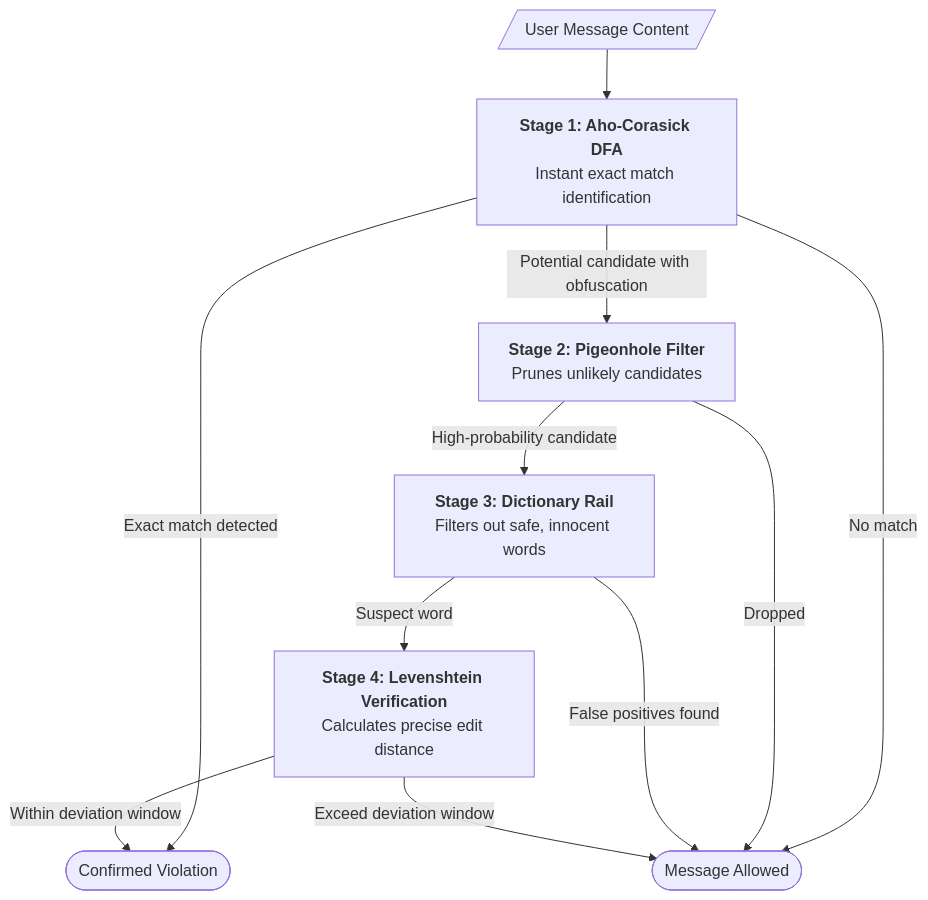
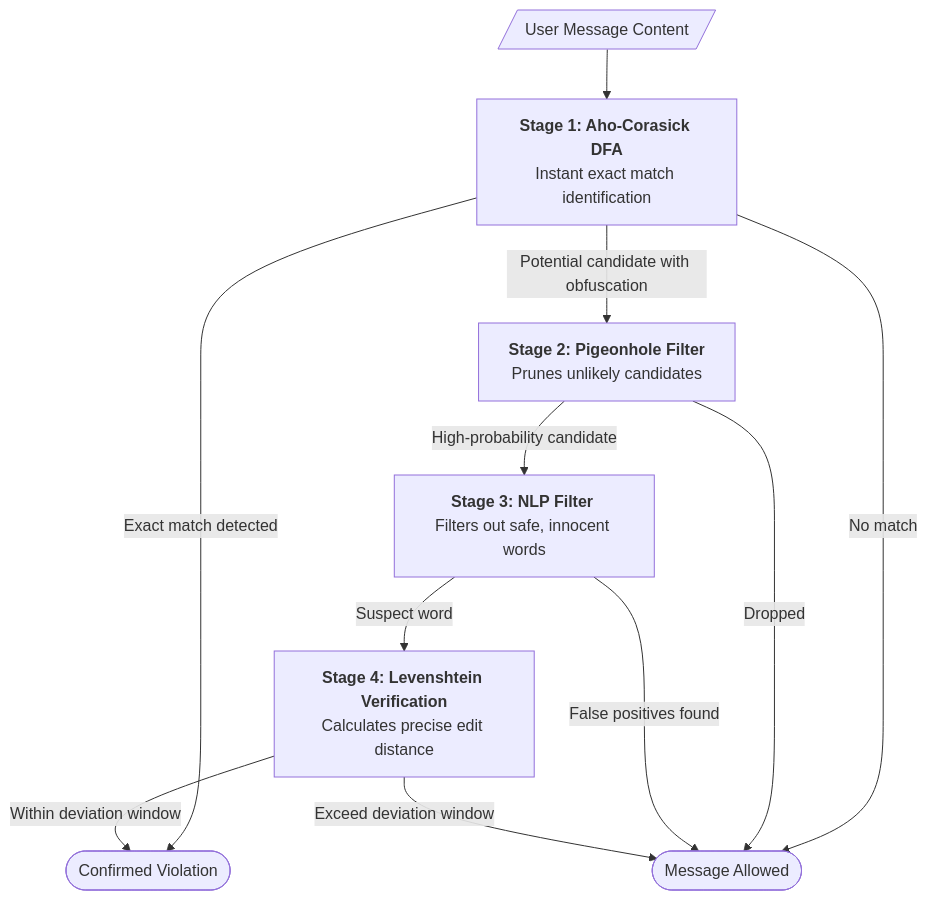
One commit to jadenwong04/moderationBot changed the third of 4 diagrams in README.md. Above: the diagram before and after it, drawn with Mermaid. The commit also changed other lines of this file and 4 other files, not shown here.

````diff
--- a/README.md
+++ b/README.md
@@ -219,15 +238,15 @@
 ```mermaid
 graph TD
     In[/"User Message Content"/] --> DFA["<b>Stage 1: Aho-Corasick DFA</b><br>Instant exact match identification"]
     DFA -- "Potential candidate with obfuscation" --> Pigeonhole["<b>Stage 2: Pigeonhole Filter</b><br>Prunes unlikely candidates"]
-    Pigeonhole -- "High-probability candidate" --> Dict["<b>Stage 3: Dictionary Rail</b><br>Filters out safe, innocent words"]
+    Pigeonhole -- "High-probability candidate" --> Dict["<b>Stage 3: NLP Filter </b><br>Filters out safe, innocent words"]
     Dict -- "Suspect word" --> Levenshtein["<b>Stage 4: Levenshtein Verification</b><br>Calculates precise edit distance"]
     
     DFA -- "Exact match detected" --> Violation(["Confirmed Violation"])
     Levenshtein -- "Within deviation window" --> Violation(["Confirmed Violation"])
     
     DFA -- "No match" --> Safe(["Message Allowed"])
     Pigeonhole -- "Dropped" --> Safe
     Dict -- "False positives found" --> Safe
     Levenshtein -- "Exceed deviation window" --> Safe
 ```
````
